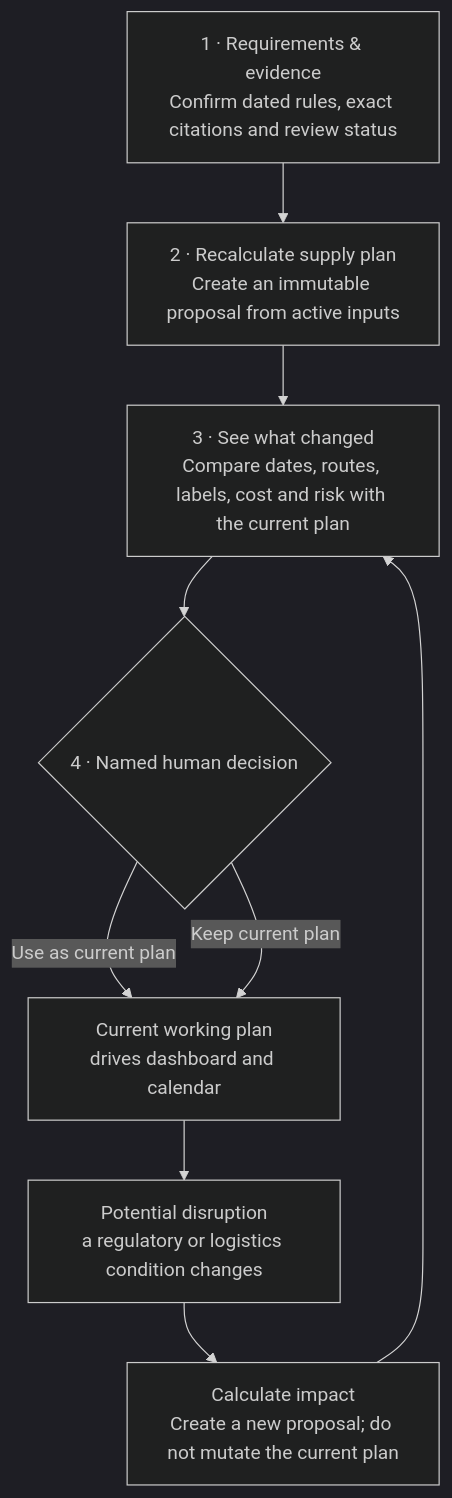
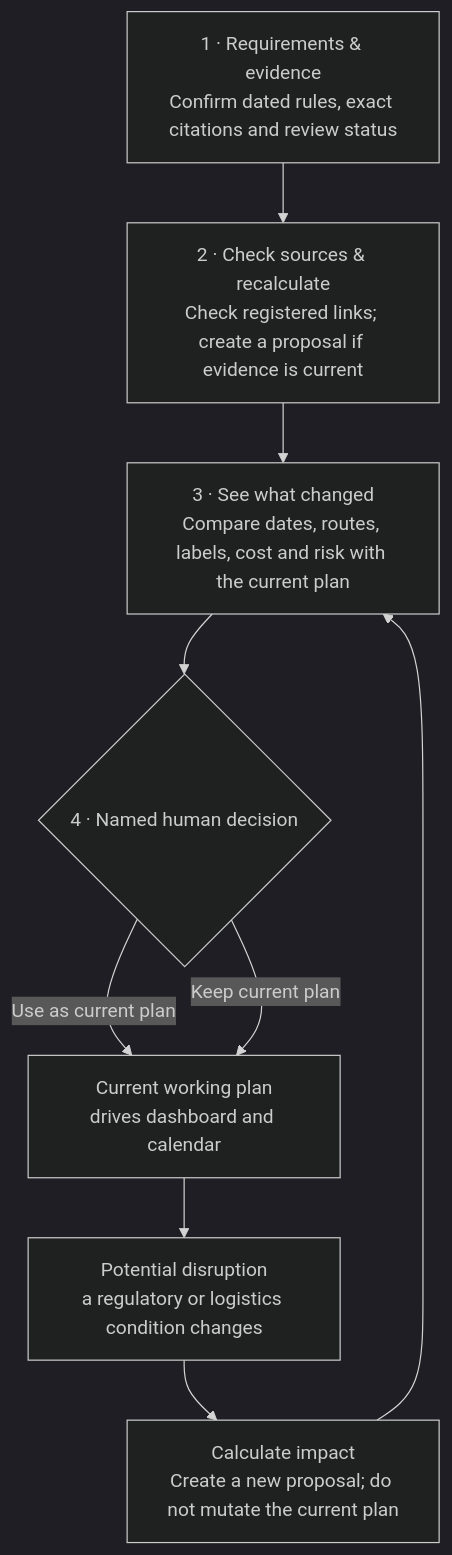
One commit to oliverywu/ClearPath changed the third of 3 diagrams in README.md. Above: the diagram before and after it, drawn with Mermaid (dark theme). The commit also changed other lines of this file and 4 other files, not shown here.

Commit message:
Check source freshness before plan recalculation

````diff
--- a/README.md
+++ b/README.md
@@ -58,11 +58,11 @@
 ```mermaid
 flowchart TD
-    R["1 · Requirements & evidence<br/>Confirm dated rules, exact citations and review status"] --> P["2 · Recalculate supply plan<br/>Create an immutable proposal from active inputs"]
+    R["1 · Requirements & evidence<br/>Confirm dated rules, exact citations and review status"] --> P["2 · Check sources & recalculate<br/>Check registered links; create a proposal if evidence is current"]
     P --> C["3 · See what changed<br/>Compare dates, routes, labels, cost and risk with the current plan"]
     C --> D{"4 · Named human decision"}
     D -->|Use as current plan| A["Current working plan<br/>drives dashboard and calendar"]
     D -->|Keep current plan| A
     A --> E["Potential disruption<br/>a regulatory or logistics condition changes"]
     E --> I["Calculate impact<br/>Create a new proposal; do not mutate the current plan"]
     I --> C
 ```
````
